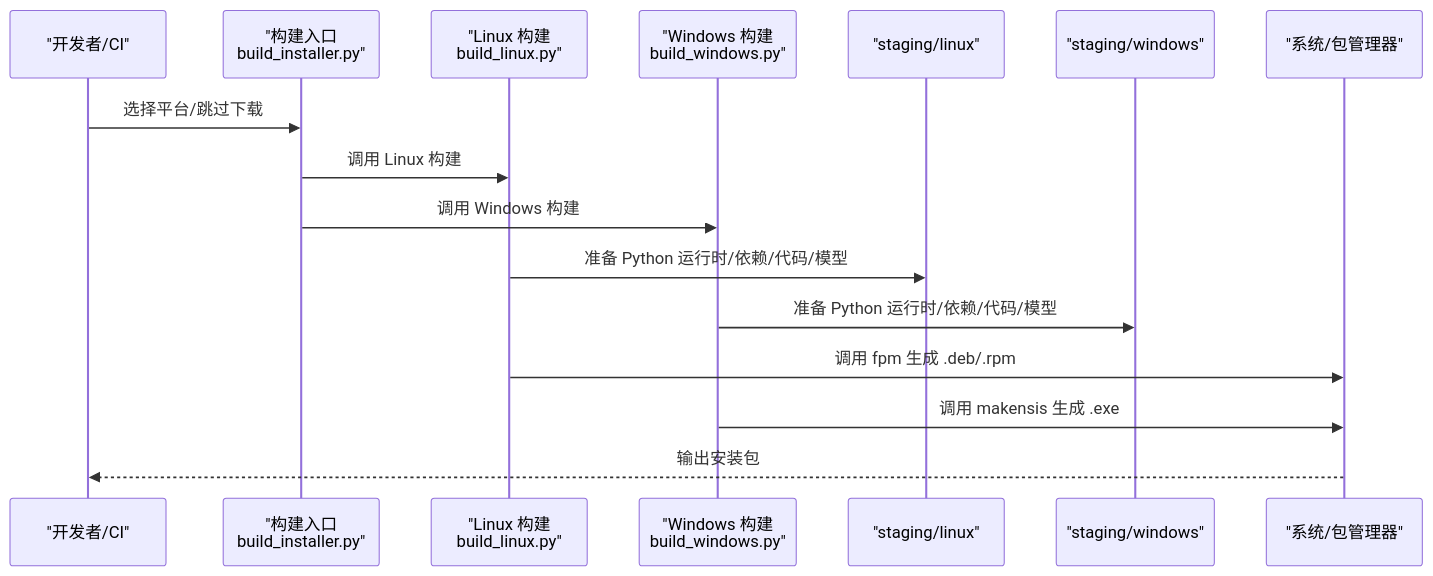
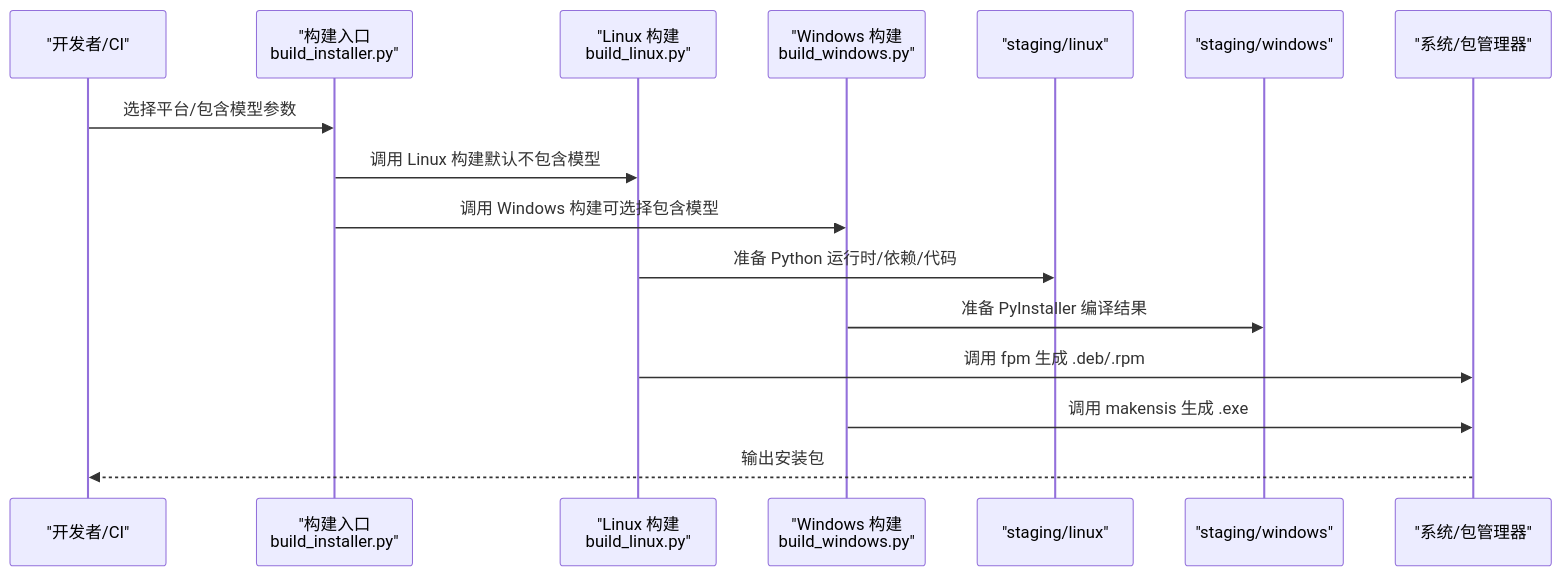
The second of 6 diagrams in .qoder/repowiki/zh/content/部署与运维/安装部署脚本/安装部署脚本.md (joyafa/knowledge), drawn with Mermaid before and after one commit. The commit also changed other lines of this file and 5 other files, not shown here.

````diff
--- a/.qoder/repowiki/zh/content/部署与运维/安装部署脚本/安装部署脚本.md
+++ b/.qoder/repowiki/zh/content/部署与运维/安装部署脚本/安装部署脚本.md
@@ -117,18 +136,18 @@
 ```mermaid
 sequenceDiagram
 participant Dev as "开发者/CI"
 participant BI as "构建入口<br/>build_installer.py"
 participant BL as "Linux 构建<br/>build_linux.py"
 participant BW as "Windows 构建<br/>build_windows.py"
 participant ST_L as "staging/linux"
 participant ST_W as "staging/windows"
 participant SYS as "系统/包管理器"
-Dev->>BI : 选择平台/跳过下载
-BI->>BL : 调用 Linux 构建
-BI->>BW : 调用 Windows 构建
-BL->>ST_L : 准备 Python 运行时/依赖/代码/模型
-BW->>ST_W : 准备 Python 运行时/依赖/代码/模型
+Dev->>BI : 选择平台/包含模型参数
+BI->>BL : 调用 Linux 构建默认不包含模型
+BI->>BW : 调用 Windows 构建可选择包含模型
+BL->>ST_L : 准备 Python 运行时/依赖/代码
+BW->>ST_W : 准备 PyInstaller 编译结果
 BL->>SYS : 调用 fpm 生成 .deb/.rpm
 BW->>SYS : 调用 makensis 生成 .exe
 SYS-->>Dev : 输出安装包
 ```
````
